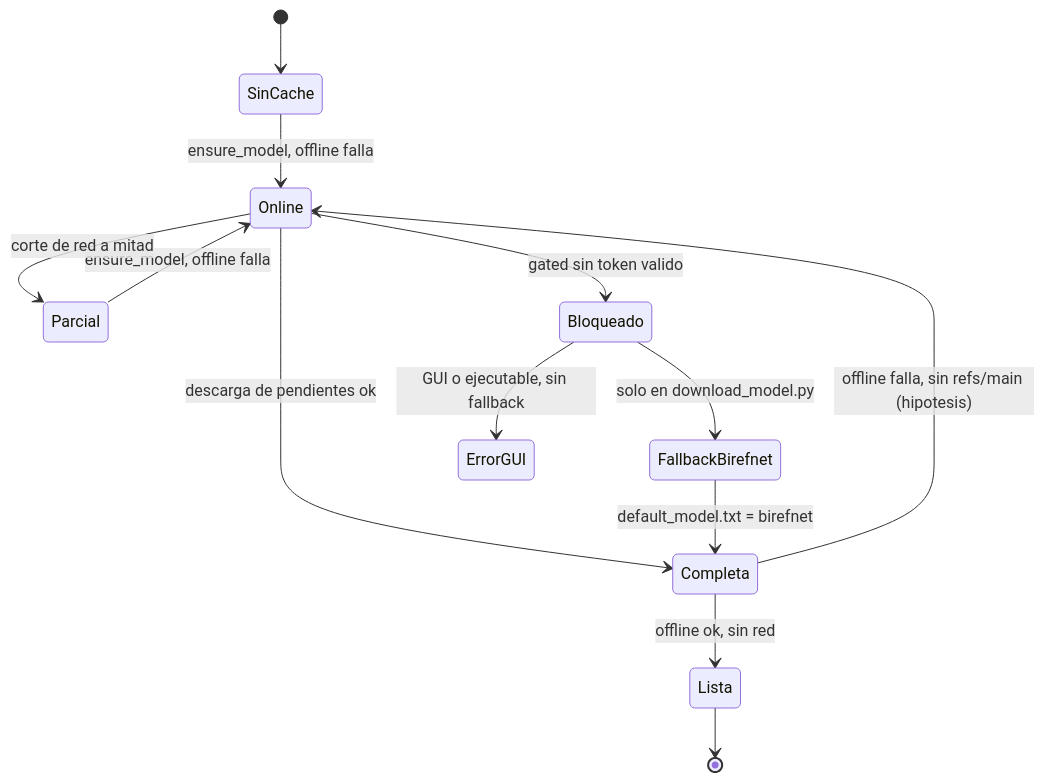
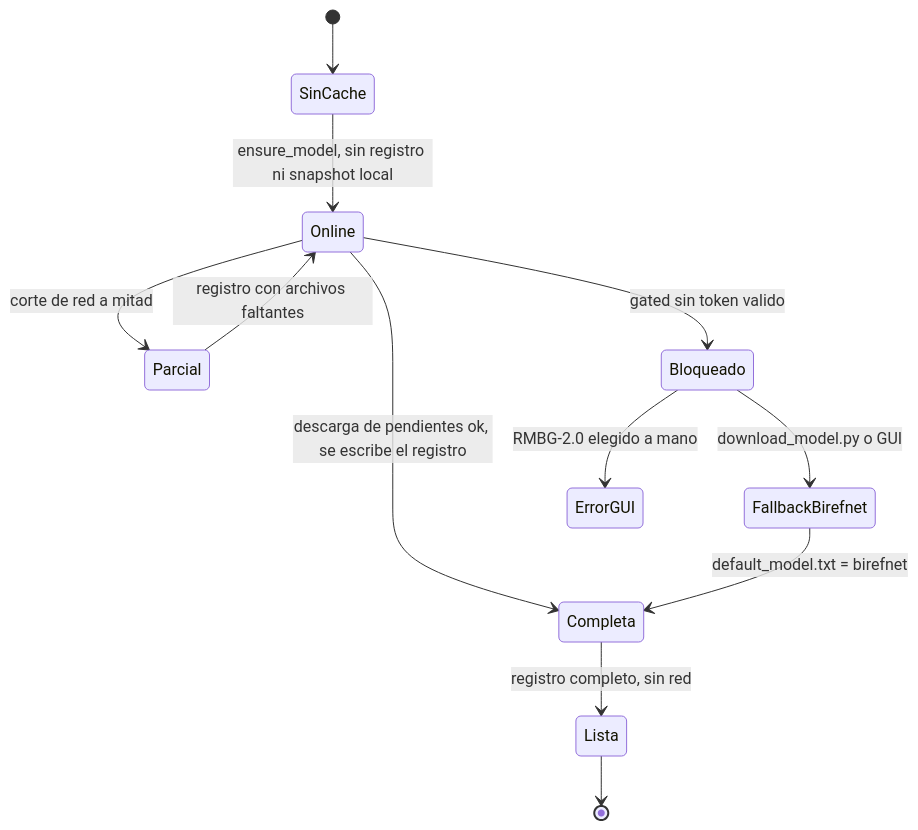
Before and after one commit to kamiru-art/ps_bg_remover: the fourth of 10 diagrams in docs/MAQUINAS_DE_ESTADO.md, drawn with Mermaid. The commit also changed other lines of this file, not shown here.

````diff
--- a/docs/MAQUINAS_DE_ESTADO.md
+++ b/docs/MAQUINAS_DE_ESTADO.md
@@ -415,15 +475,14 @@
 ```mermaid
 stateDiagram-v2
     [*] --> SinCache
-    SinCache --> Online : ensure_model, offline falla
-    Parcial --> Online : ensure_model, offline falla
-    Online --> Completa : descarga de pendientes ok
+    SinCache --> Online : ensure_model, sin registro ni snapshot local
+    Parcial --> Online : registro con archivos faltantes
+    Online --> Completa : descarga de pendientes ok, se escribe el registro
     Online --> Parcial : corte de red a mitad
     Online --> Bloqueado : gated sin token valido
-    Completa --> Lista : offline ok, sin red
-    Completa --> Online : offline falla, sin refs/main (hipotesis)
-    Bloqueado --> FallbackBirefnet : solo en download_model.py
+    Completa --> Lista : registro completo, sin red
+    Bloqueado --> FallbackBirefnet : download_model.py o GUI
     FallbackBirefnet --> Completa : default_model.txt = birefnet
-    Bloqueado --> ErrorGUI : GUI o ejecutable, sin fallback
+    Bloqueado --> ErrorGUI : RMBG-2.0 elegido a mano
     Lista --> [*]
 ```
````
